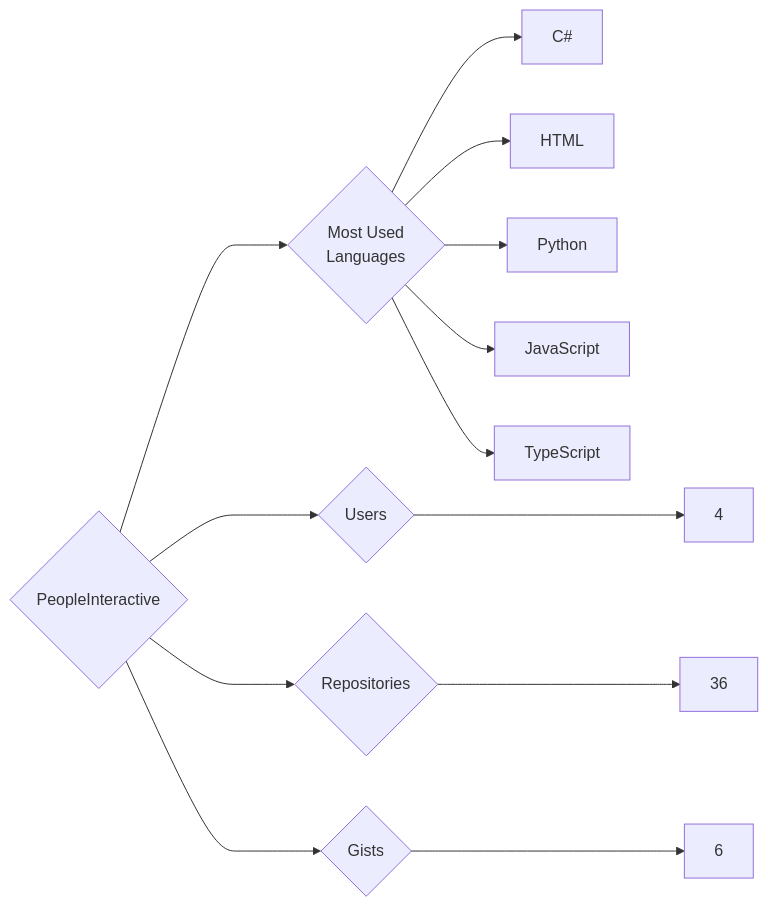
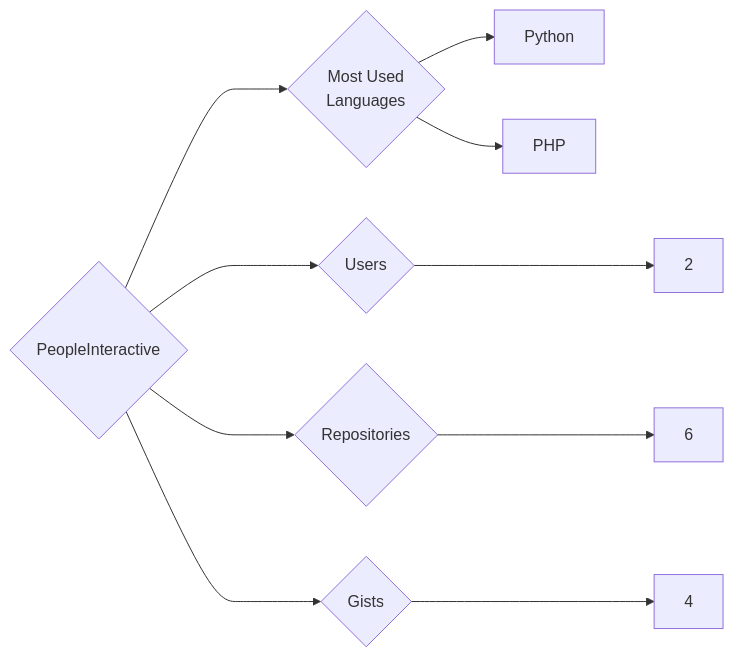
The diagram in targets/PeopleInteractive/README.md (trickest/insiders), drawn with Mermaid before and after one commit. The commit also changed 898 other files, not shown here.

````diff
--- a/targets/PeopleInteractive/README.md
+++ b/targets/PeopleInteractive/README.md
@@ -3,13 +3,10 @@
 ```mermaid
 graph LR
 COMPANY_NAME{PeopleInteractive}
-COMPANY_NAME ---> U{Users} ---> UN[4]
-COMPANY_NAME ---> R{Repositories} ---> RN[36]
-COMPANY_NAME ---> G{Gists} ---> GN[6]
+COMPANY_NAME ---> U{Users} ---> UN[2]
+COMPANY_NAME ---> R{Repositories} ---> RN[6]
+COMPANY_NAME ---> G{Gists} ---> GN[4]
 COMPANY_NAME ---> ML{Most Used<br>Languages}
-ML --> C#[C#]
-ML --> HTML[HTML]
 ML --> Python[Python]
-ML --> JavaScript[JavaScript]
-ML --> TypeScript[TypeScript]
+ML --> PHP[PHP]
 ```
````
